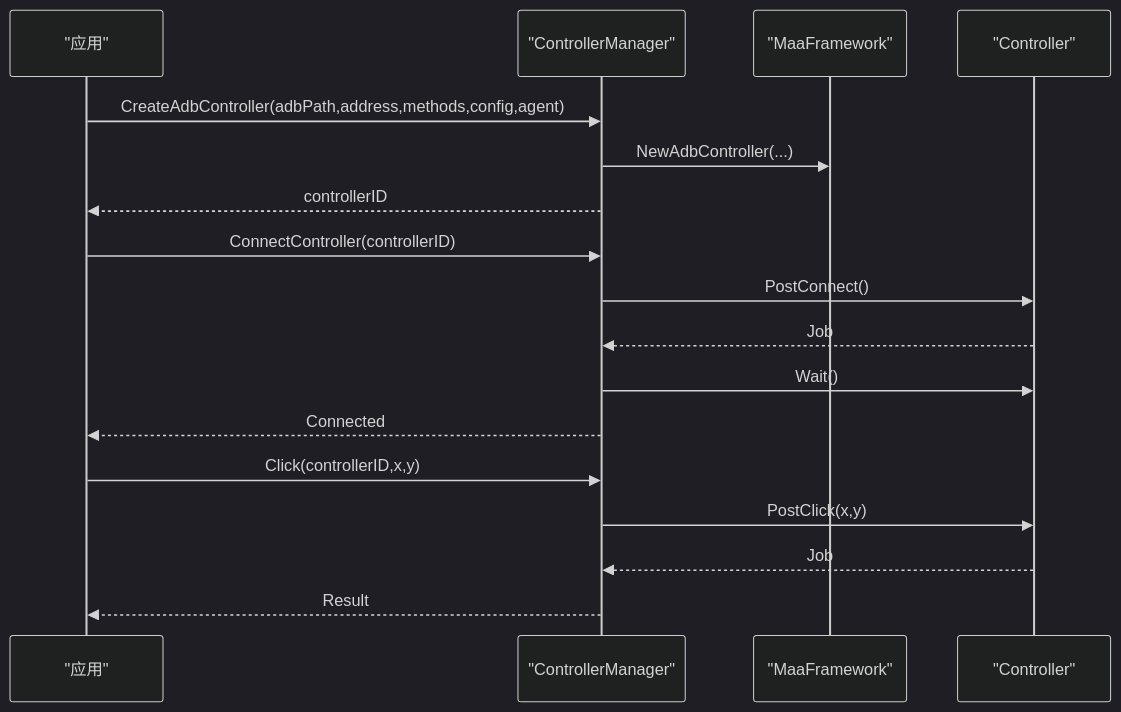
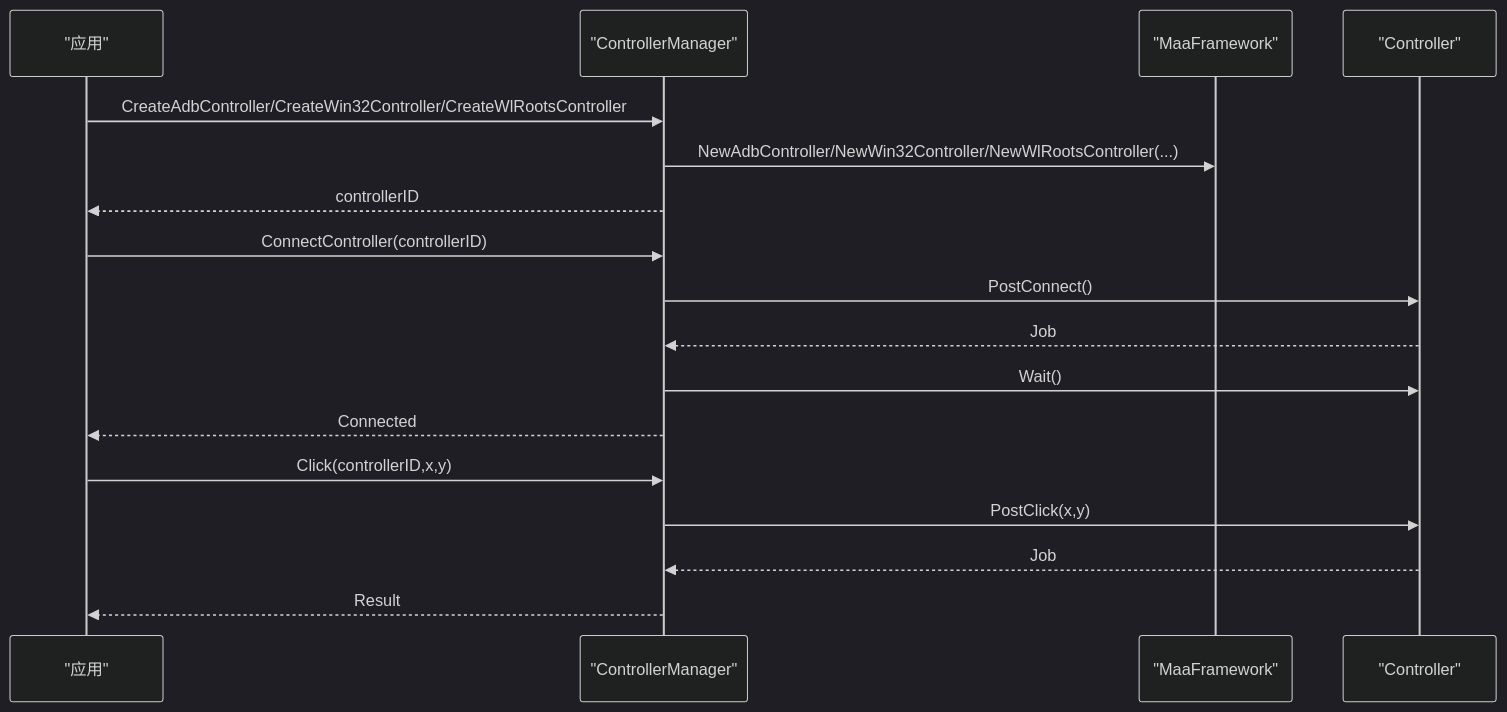
The fifth of 7 diagrams in .qoder/repowiki/zh/content/本地服务集成/MaaFramework集成.md (kqcoxn/MaaPipelineEditor), drawn with Mermaid (dark theme) before and after one commit. The commit also changed other lines of this file and 17 other files, not shown here.

````diff
--- a/.qoder/repowiki/zh/content/本地服务集成/MaaFramework集成.md
+++ b/.qoder/repowiki/zh/content/本地服务集成/MaaFramework集成.md
@@ -254,19 +263,19 @@
 ```mermaid
 sequenceDiagram
 participant App as "应用"
 participant CM as "ControllerManager"
 participant FW as "MaaFramework"
 participant Ctrl as "Controller"
-App->>CM : CreateAdbController(adbPath,address,methods,config,agent)
-CM->>FW : NewAdbController(...)
+App->>CM : CreateAdbController/CreateWin32Controller/CreateWlRootsController
+CM->>FW : NewAdbController/NewWin32Controller/NewWlRootsController(...)
 CM-->>App : controllerID
 App->>CM : ConnectController(controllerID)
 CM->>Ctrl : PostConnect()
 Ctrl-->>CM : Job
 CM->>Ctrl : Wait()
 CM-->>App : Connected
 App->>CM : Click(controllerID,x,y)
 CM->>Ctrl : PostClick(x,y)
 Ctrl-->>CM : Job
 CM-->>App : Result
 ```
````
